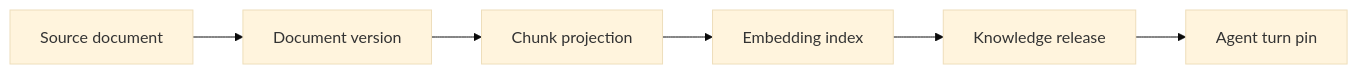
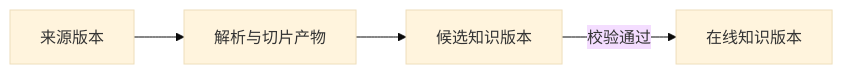
Before and after one commit to upJiang/jiang-blog-vitepress: the diagram in docs/agent-practice/05-versioned-index-release.md, drawn with Mermaid (base theme). The commit also changed other lines of this file and 164 other files, not shown here.

````diff
--- a/docs/agent-practice/05-versioned-index-release.md
+++ b/docs/agent-practice/05-versioned-index-release.md
@@ -17,8 +19,6 @@
 ```mermaid
 flowchart LR
-  S[Source document] --> V[Document version]
-  V --> C[Chunk projection]
-  C --> E[Embedding index]
-  E --> R[Knowledge release]
-  R --> T[Agent turn pin]
+  A[来源版本] --> B[解析与切片产物]
+  B --> C[候选知识版本]
+  C -->|校验通过| D[在线知识版本]
 ```
````
